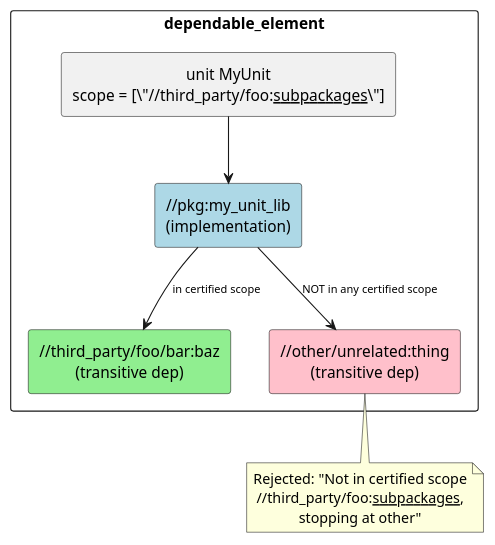
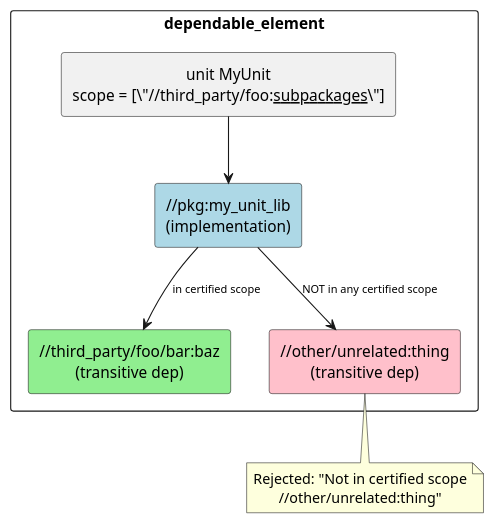
The diagram in bazel/rules/rules_score/docs/_assets/scope_check.puml (eclipse-score/tooling), drawn with PlantUML before and after one commit. The commit also changed 3 other files, not shown here.

```diff
--- a/bazel/rules/rules_score/docs/_assets/scope_check.puml
+++ b/bazel/rules/rules_score/docs/_assets/scope_check.puml
@@ -14,26 +14,25 @@
 @startuml scope_check
 
 skinparam defaultTextAlignment center
 skinparam ArrowFontSize 10
 skinparam packageStyle rectangle
 hide stereotype
 
 package "dependable_element" as de {
     rectangle "unit MyUnit\nscope = [\"//third_party/foo:__subpackages__\"]" as MyUnit
 
     rectangle "//pkg:my_unit_lib\n(implementation)" as impl #LightBlue
     rectangle "//third_party/foo/bar:baz\n(transitive dep)" as instscope #LightGreen
     rectangle "//other/unrelated:thing\n(transitive dep)" as outofscope #Pink
 
     MyUnit -down-> impl
     impl -down-> instscope : in certified scope
     impl -down-> outofscope : NOT in any certified scope
 }
 
 note bottom of outofscope
   Rejected: "Not in certified scope
-  //third_party/foo:__subpackages__,
-  stopping at other"
+  //other/unrelated:thing"
 end note
 
 @enduml
```
